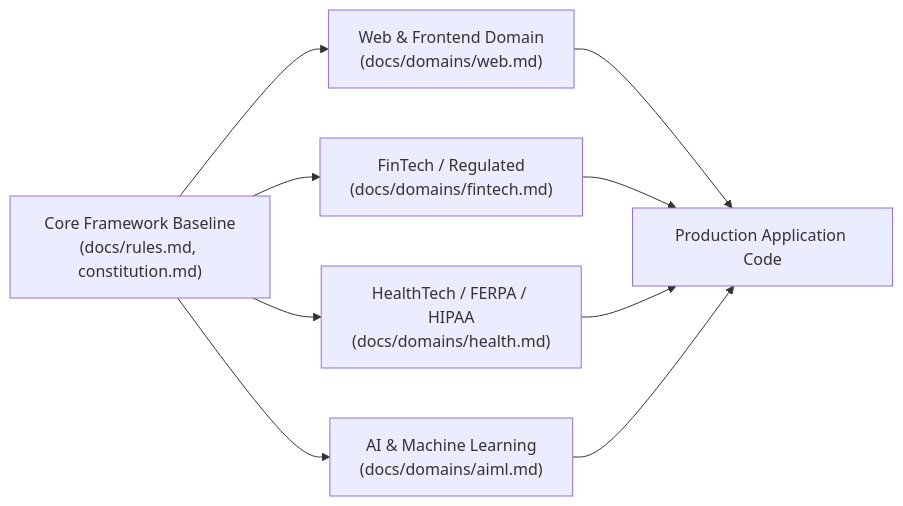
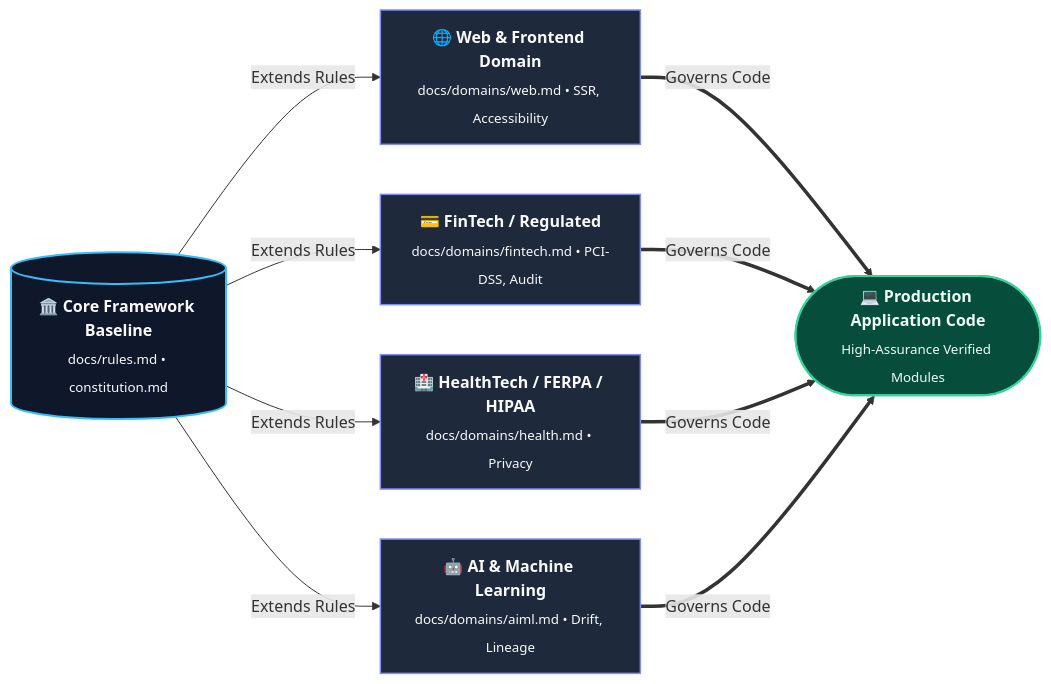
One commit to rmsofficialsyt/Agentic-AI-Vibe-Coding-AND-SDD-TDD-Codebase-Chandan-Adhikary changed the diagram in SDD-TDD-Chandan-Adhikary/Spec-Driven-Development/docs/domains/README.md. Above: the diagram before and after it, drawn with Mermaid. The commit also changed 23 other files, not shown here.

Commit message:
docs: redesign diagrams to Eraser.io visual style and regenerate MANIFEST.json

````diff
--- a/SDD-TDD-Chandan-Adhikary/Spec-Driven-Development/docs/domains/README.md
+++ b/SDD-TDD-Chandan-Adhikary/Spec-Driven-Development/docs/domains/README.md
@@ -24,12 +24,25 @@
 ```mermaid
 flowchart LR
-    Core["Core Framework Baseline<br/>(docs/rules.md, constitution.md)"] --> Ext1["Web & Frontend Domain<br/>(docs/domains/web.md)"]
-    Core --> Ext2["FinTech / Regulated<br/>(docs/domains/fintech.md)"]
-    Core --> Ext3["HealthTech / FERPA / HIPAA<br/>(docs/domains/health.md)"]
-    Core --> Ext4["AI & Machine Learning<br/>(docs/domains/aiml.md)"]
+    classDef core fill:#0f172a,stroke:#38bdf8,stroke-width:2px,color:#f8fafc;
+    classDef ext fill:#1e293b,stroke:#818cf8,stroke-width:1.5px,color:#f8fafc;
+    classDef code fill:#064e3b,stroke:#34d399,stroke-width:2px,color:#ecfdf5;
 
-    Ext1 --> ProjectCode["Production Application Code"]
-    Ext2 --> ProjectCode
-    Ext3 --> ProjectCode
-    Ext4 --> ProjectCode
+    Core[("<b>🏛️ Core Framework Baseline</b><br/><sub>docs/rules.md • constitution.md</sub>")]:::core
+
+    Ext1["<b>🌐 Web & Frontend Domain</b><br/><sub>docs/domains/web.md • SSR, Accessibility</sub>"]:::ext
+    Ext2["<b>💳 FinTech / Regulated</b><br/><sub>docs/domains/fintech.md • PCI-DSS, Audit</sub>"]:::ext
+    Ext3["<b>🏥 HealthTech / FERPA / HIPAA</b><br/><sub>docs/domains/health.md • Privacy</sub>"]:::ext
+    Ext4["<b>🤖 AI & Machine Learning</b><br/><sub>docs/domains/aiml.md • Drift, Lineage</sub>"]:::ext
+
+    ProjectCode(["<b>💻 Production Application Code</b><br/><sub>High-Assurance Verified Modules</sub>"]):::code
+
+    Core -->|"Extends Rules"| Ext1
+    Core -->|"Extends Rules"| Ext2
+    Core -->|"Extends Rules"| Ext3
+    Core -->|"Extends Rules"| Ext4
+
+    Ext1 ==>|"Governs Code"| ProjectCode
+    Ext2 ==>|"Governs Code"| ProjectCode
+    Ext3 ==>|"Governs Code"| ProjectCode
+    Ext4 ==>|"Governs Code"| ProjectCode
 ```
````
